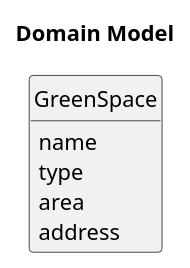
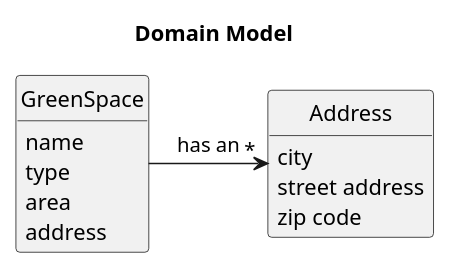
Before and after one commit to RicardoMorim/lapr2-ISEP-Project: the diagram in docs/sprintC/us020/02.analysis/puml/020-domain-model.puml, drawn with PlantUML. The commit also changed 5 other files, not shown here.

```diff
--- a/docs/sprintC/us020/02.analysis/puml/020-domain-model.puml
+++ b/docs/sprintC/us020/02.analysis/puml/020-domain-model.puml
@@ -1,17 +1,24 @@
 @startuml
 
 'left to right direction
 
 title Domain Model
 
 hide methods
 hide circle
 
 class GreenSpace {
         name
         type
         area
         address
 }
+class Address {
+        city
+        street address
+        zip code
+}
+
+GreenSpace -> "*"Address : has an
 
 @enduml
```
